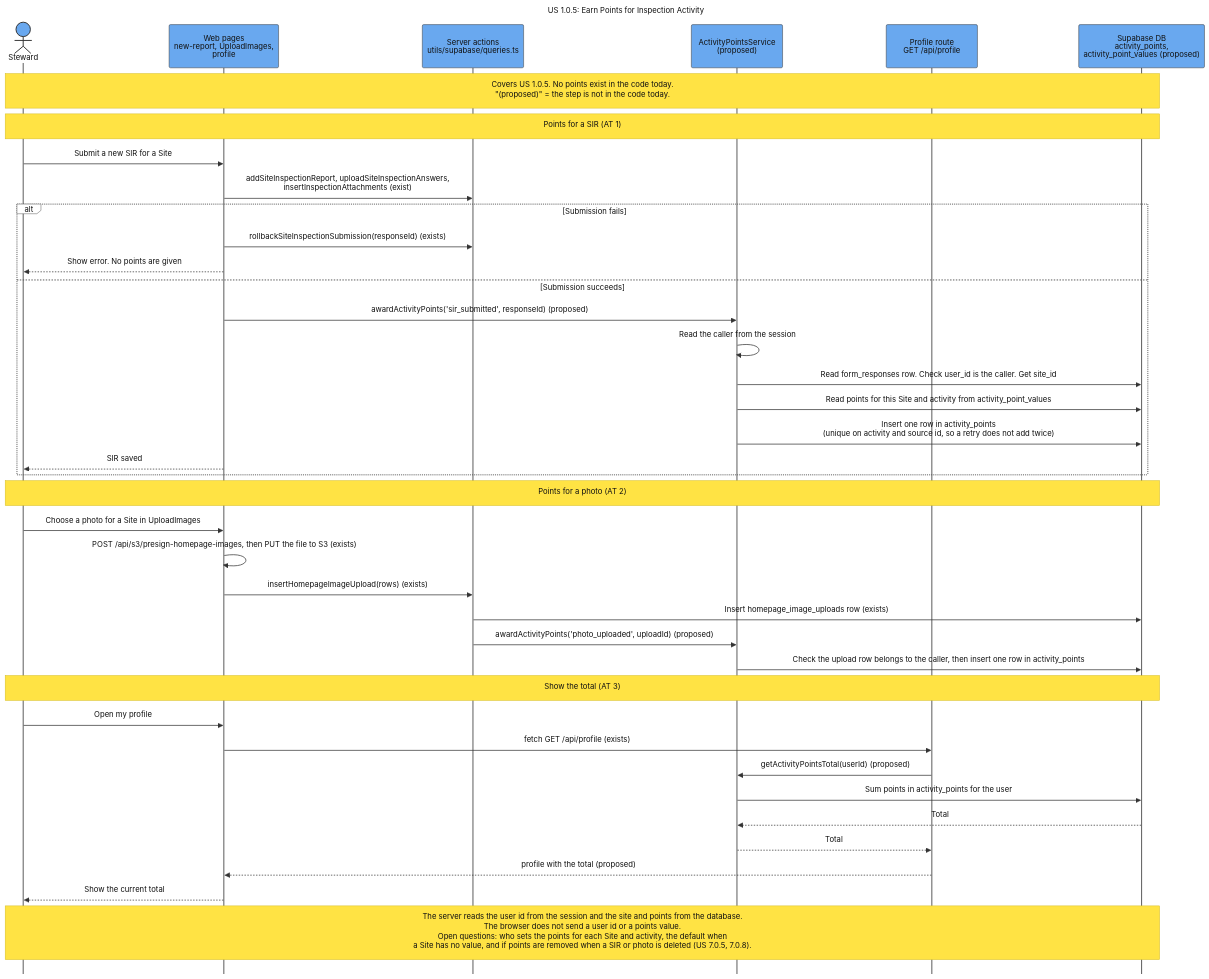
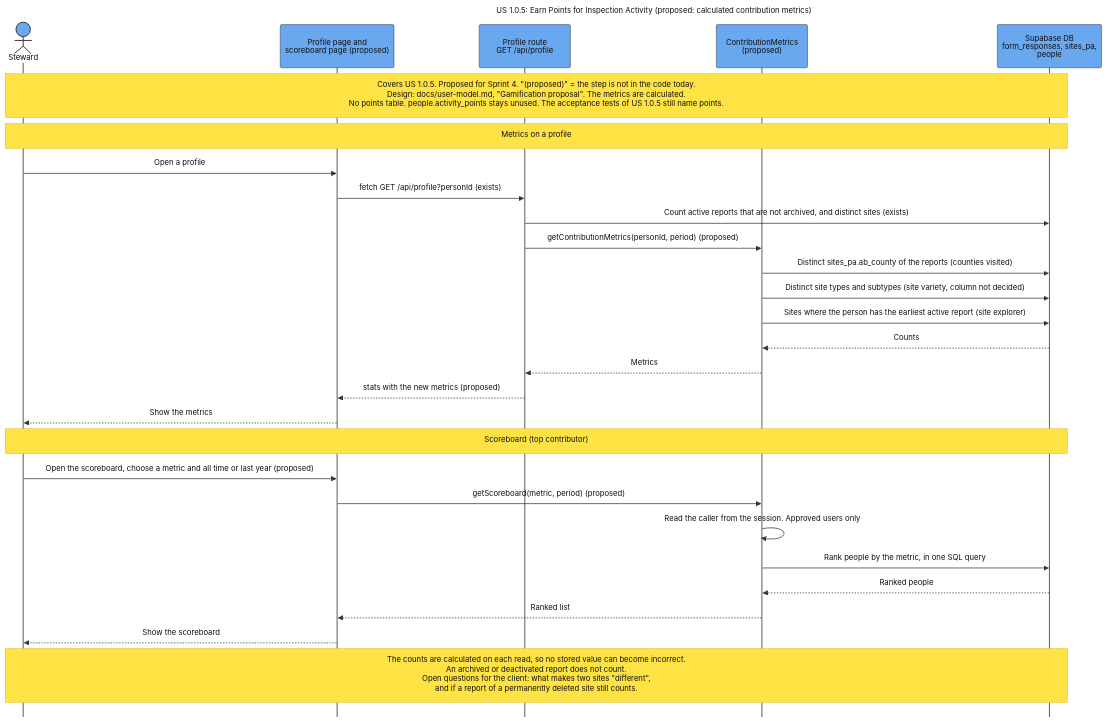
The diagram in docs/assets/Sequence_US_1_0_5_Activity_Points.mmd (SAPAA-Dev/W26Project-SAPAA-Dev-Team), drawn with Mermaid before and after one commit. The commit also changed 196 other files, not shown here.

```diff
--- a/docs/assets/Sequence_US_1_0_5_Activity_Points.mmd
+++ b/docs/assets/Sequence_US_1_0_5_Activity_Points.mmd
@@ -1,86 +1,74 @@
 ---
-title: "US 1.0.5: Earn Points for Inspection Activity"
+title: "US 1.0.5: Earn Points for Inspection Activity (proposed: calculated contribution metrics)"
 config:
   theme: base
   sequence:
     actorMargin: 75
     boxMargin: 12
     diagramMarginX: 45
     diagramMarginY: 30
     messageMargin: 40
     noteMargin: 16
     mirrorActors: false
     width: 190
     height: 90
   themeVariables:
     background: "#ffffff"
     primaryColor: "#69a8ef"
     primaryBorderColor: "#333333"
     primaryTextColor: "#111111"
     actorBkg: "#69a8ef"
     actorBorder: "#333333"
     actorTextColor: "#111111"
     actorLineColor: "#555555"
     signalColor: "#333333"
     signalTextColor: "#111111"
     activationBkgColor: "#cdd3db"
     activationBorderColor: "#cdd3db"
     noteBkgColor: "#ffe344"
     noteBorderColor: "#d4ba24"
     noteTextColor: "#111111"
     labelBoxBkgColor: "#ffffff"
     labelBoxBorderColor: "#555555"
     labelTextColor: "#111111"
     loopTextColor: "#111111"
     altBackground: "#ffffff"
   themeCSS: |
     .actor-line {
       stroke-dasharray: 10 10 !important;
       stroke-width: 1.25px !important;
     }
 ---
 sequenceDiagram
     autonumber off
     actor Steward
-    participant Page as Web pages<br/>new-report, UploadImages,<br/>profile
-    participant Server as Server actions<br/>utils/supabase/queries.ts
-    participant Points as ActivityPointsService<br/>(proposed)
+    participant Page as Profile page and<br/>scoreboard page (proposed)
     participant Profile as Profile route<br/>GET /api/profile
-    participant DB as Supabase DB<br/>activity_points,<br/>activity_point_values (proposed)
+    participant Metrics as ContributionMetrics<br/>(proposed)
+    participant DB as Supabase DB<br/>form_responses, sites_pa,<br/>people
 
-    Note over Steward,DB: Covers US 1.0.5. No points exist in the code today.<br/>"(proposed)" = the step is not in the code today.
+    Note over Steward,DB: Covers US 1.0.5. Proposed for Sprint 4. "(proposed)" = the step is not in the code today.<br/>Design: docs/user-model.md, "Gamification proposal". The metrics are calculated.<br/>No points table. people.activity_points stays unused. The acceptance tests of US 1.0.5 still name points.
 
-    Note over Steward,DB: Points for a SIR (AT 1)
-    Steward->>Page: Submit a new SIR for a Site
-    Page->>Server: addSiteInspectionReport, uploadSiteInspectionAnswers,<br/>insertInspectionAttachments (exist)
-    alt Submission fails
-        Page->>Server: rollbackSiteInspectionSubmission(responseId) (exists)
-        Page-->>Steward: Show error. No points are given
-    else Submission succeeds
-        Page->>Points: awardActivityPoints('sir_submitted', responseId) (proposed)
-        Points->>Points: Read the caller from the session
-        Points->>DB: Read form_responses row. Check user_id is the caller. Get site_id
-        Points->>DB: Read points for this Site and activity from activity_point_values
-        Points->>DB: Insert one row in activity_points<br/>(unique on activity and source id, so a retry does not add twice)
-        Page-->>Steward: SIR saved
-    end
+    Note over Steward,DB: Metrics on a profile
+    Steward->>Page: Open a profile
+    Page->>Profile: fetch GET /api/profile?personId (exists)
+    Profile->>DB: Count active reports that are not archived, and distinct sites (exists)
+    Profile->>Metrics: getContributionMetrics(personId, period) (proposed)
+    Metrics->>DB: Distinct sites_pa.ab_county of the reports (counties visited)
+    Metrics->>DB: Distinct site types and subtypes (site variety, column not decided)
+    Metrics->>DB: Sites where the person has the earliest active report (site explorer)
+    DB-->>Metrics: Counts
+    Metrics-->>Profile: Metrics
+    Profile-->>Page: stats with the new metrics (proposed)
+    Page-->>Steward: Show the metrics
 
-    Note over Steward,DB: Points for a photo (AT 2)
-    Steward->>Page: Choose a photo for a Site in UploadImages
-    Page->>Page: POST /api/s3/presign-homepage-images, then PUT the file to S3 (exists)
-    Page->>Server: insertHomepageImageUpload(rows) (exists)
-    Server->>DB: Insert homepage_image_uploads row (exists)
-    Server->>Points: awardActivityPoints('photo_uploaded', uploadId) (proposed)
-    Points->>DB: Check the upload row belongs to the caller, then insert one row in activity_points
+    Note over Steward,DB: Scoreboard (top contributor)
+    Steward->>Page: Open the scoreboard, choose a metric and all time or last year (proposed)
+    Page->>Metrics: getScoreboard(metric, period) (proposed)
+    Metrics->>Metrics: Read the caller from the session. Approved users only
+    Metrics->>DB: Rank people by the metric, in one SQL query
+    DB-->>Metrics: Ranked people
+    Metrics-->>Page: Ranked list
+    Page-->>Steward: Show the scoreboard
 
-    Note over Steward,DB: Show the total (AT 3)
-    Steward->>Page: Open my profile
-    Page->>Profile: fetch GET /api/profile (exists)
-    Profile->>Points: getActivityPointsTotal(userId) (proposed)
-    Points->>DB: Sum points in activity_points for the user
-    DB-->>Points: Total
-    Points-->>Profile: Total
-    Profile-->>Page: profile with the total (proposed)
-    Page-->>Steward: Show the current total
-
-    Note over Steward,DB: The server reads the user id from the session and the site and points from the database.<br/>The browser does not send a user id or a points value.<br/>Open questions: who sets the points for each Site and activity, the default when<br/>a Site has no value, and if points are removed when a SIR or photo is deleted (US 7.0.5, 7.0.8).
+    Note over Steward,DB: The counts are calculated on each read, so no stored value can become incorrect.<br/>An archived or deactivated report does not count.<br/>Open questions for the client: what makes two sites "different",<br/>and if a report of a permanently deleted site still counts.
```
